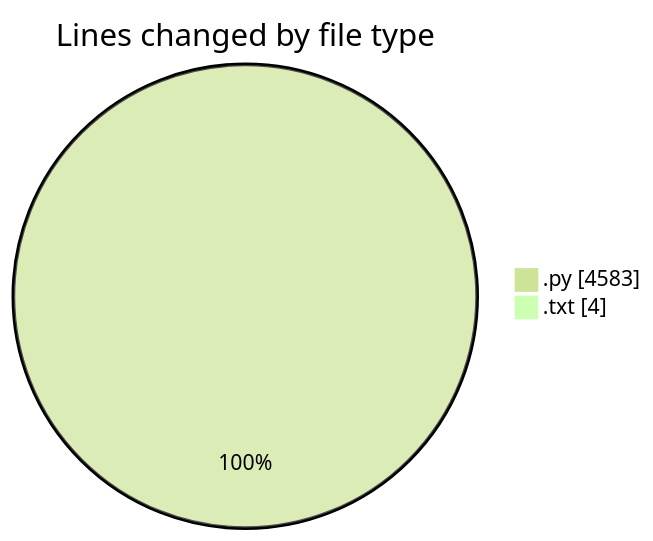
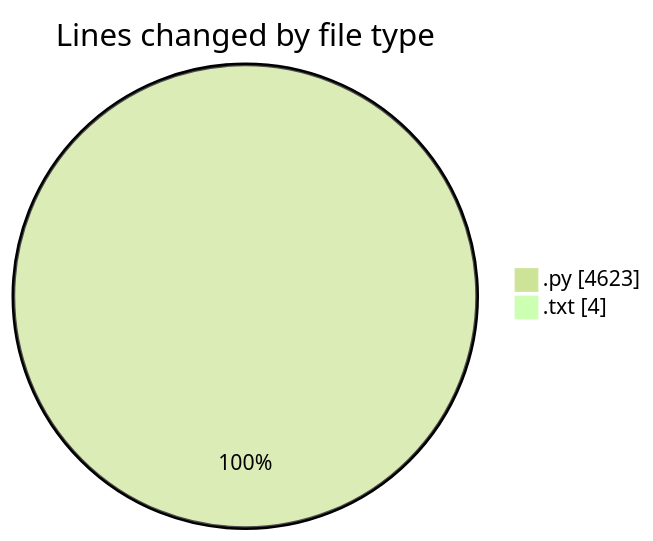
Before and after one commit to CELIANVF/code-tracking: the first of 2 diagrams in 2025-06-01/video_app/README.md, drawn with Mermaid (forest theme). The commit also changed other lines of this file and 1 other file, not shown here.

````diff
--- a/2025-06-01/video_app/README.md
+++ b/2025-06-01/video_app/README.md
@@ -29,6 +29,6 @@
 ```mermaid
 pie showData
 title Lines changed by file type
-".py" : 4583
+".py" : 4623
 ".txt" : 4
 ```
````
